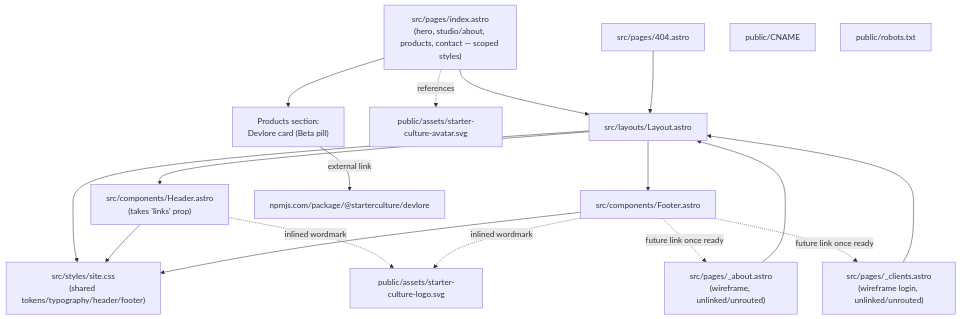
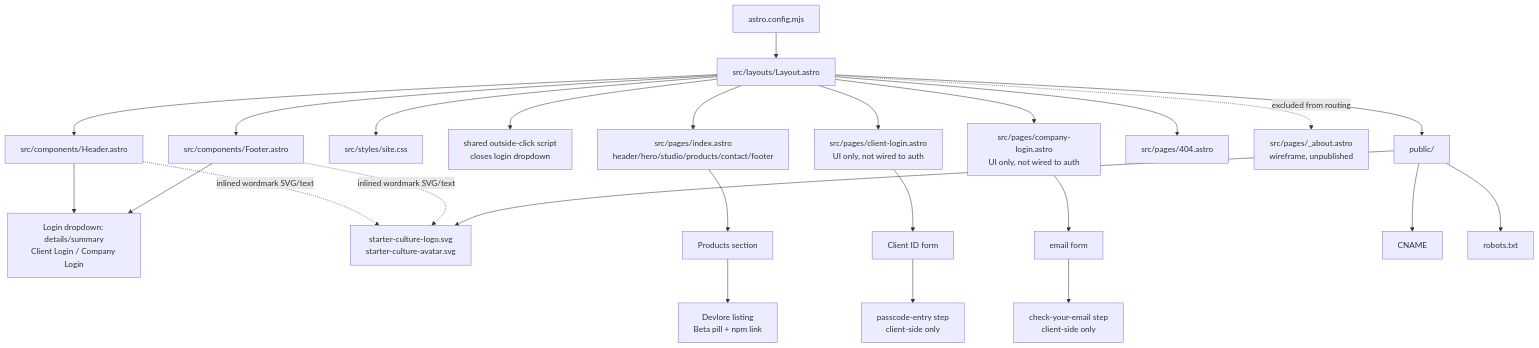
Before and after one commit to BubbaF377/starter-culture: the first of 3 diagrams in docs/VISUALIZER.md, drawn with Mermaid. The commit also changed other lines of this file, not shown here.

Commit message:
Update visualizer (requirements changed): starter-culture

````diff
--- a/docs/VISUALIZER.md
+++ b/docs/VISUALIZER.md
@@ -8,39 +6,34 @@
 ```mermaid
 graph TD
-    Layout["src/layouts/Layout.astro"]
-    Header["src/components/Header.astro<br/>(takes 'links' prop)"]
-    Footer["src/components/Footer.astro"]
-    SiteCSS["src/styles/site.css<br/>(shared tokens/typography/header/footer)"]
+    Config[astro.config.mjs] --> Layout[src/layouts/Layout.astro]
 
-    Index["src/pages/index.astro<br/>(hero, studio/about, products, contact — scoped styles)"]
-    About["src/pages/_about.astro<br/>(wireframe, unlinked/unrouted)"]
-    Clients["src/pages/_clients.astro<br/>(wireframe login, unlinked/unrouted)"]
-    Err["src/pages/404.astro"]
+    Layout --> Header[src/components/Header.astro]
+    Layout --> Footer[src/components/Footer.astro]
+    Layout --> SiteCSS[src/styles/site.css]
+    Layout --> DropdownScript[shared outside-click script<br/>closes login dropdown]
 
-    LogoWordmark["public/assets/starter-culture-logo.svg"]
-    LogoAvatar["public/assets/starter-culture-avatar.svg"]
-    CNAME["public/CNAME"]
-    Robots["public/robots.txt"]
+    Header --> LoginDropdown[Login dropdown: details/summary<br/>Client Login / Company Login]
+    Footer --> LoginDropdown
+    Header -. inlined wordmark SVG/text .-> LogoAssets
+    Footer -. inlined wordmark SVG/text .-> LogoAssets
 
-    Index --> Layout
-    About --> Layout
-    Clients --> Layout
-    Err --> Layout
+    Layout --> Index[src/pages/index.astro<br/>header/hero/studio/products/contact/footer]
+    Layout --> ClientLogin[src/pages/client-login.astro<br/>UI only, not wired to auth]
+    Layout --> CompanyLogin[src/pages/company-login.astro<br/>UI only, not wired to auth]
+    Layout --> NotFound[src/pages/404.astro]
+    Layout -. excluded from routing .-> AboutDraft[src/pages/_about.astro<br/>wireframe, unpublished]
 
-    Layout --> Header
-    Layout --> Footer
-    Layout --> SiteCSS
+    ClientLogin --> ClientIDForm[Client ID form]
+    ClientIDForm --> PasscodeStep[passcode-entry step<br/>client-side only]
 
-    Header --> SiteCSS
-    Footer --> SiteCSS
+    CompanyLogin --> EmailForm[email form]
+    EmailForm --> CheckEmailStep[check-your-email step<br/>client-side only]
 
-    Header -. "inlined wordmark <text>, sans-serif" .-> LogoWordmark
-    Footer -. "inlined wordmark <text>, sans-serif" .-> LogoWordmark
-    Index -. "references" .-> LogoAvatar
+    Index --> ProductsSection[Products section]
+    ProductsSection --> DevloreLink[Devlore listing<br/>Beta pill + npm link]
 
-    Index --> Products["Products section:<br/>Devlore card (Beta pill)"]
-    Products -- "external link" --> NpmLink["npmjs.com/package/@starterculture/devlore"]
-
-    Footer -. "future link once ready" .-> About
-    Footer -. "future link once ready" .-> Clients
+    PublicDir[public/] --> LogoAssets[starter-culture-logo.svg<br/>starter-culture-avatar.svg]
+    PublicDir --> CNAME[CNAME]
+    PublicDir --> Robots[robots.txt]
+    Layout --> PublicDir
 ```
````
